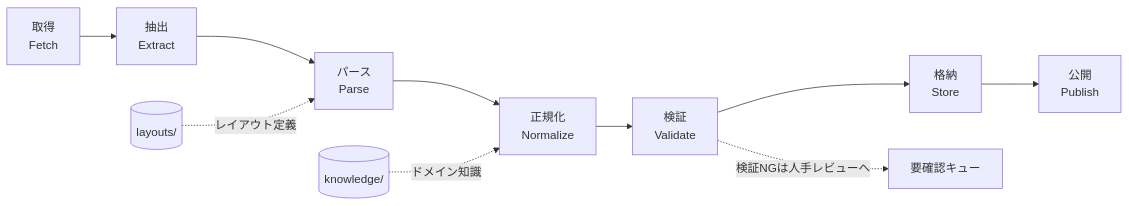
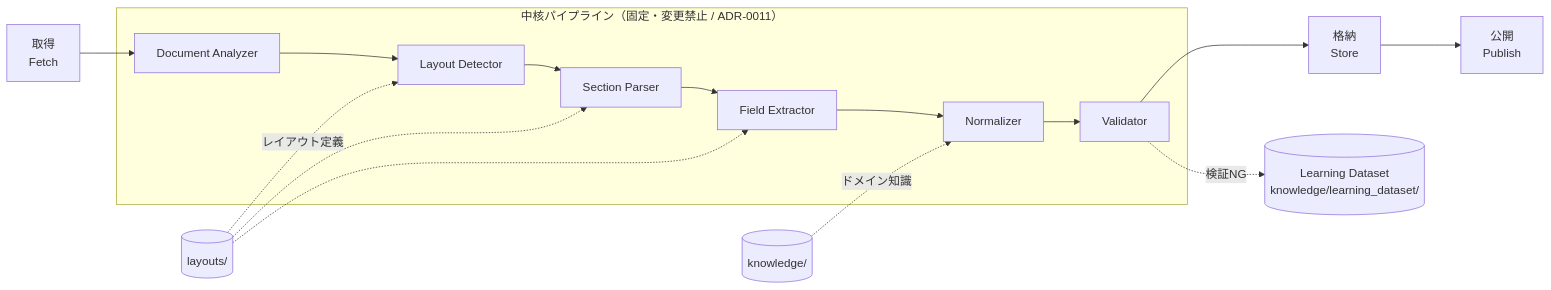
Before and after one commit to yastdKHS/MOD_Personnel_DB: the diagram in docs/architecture.md, drawn with Mermaid. The commit also changed other lines of this file and 16 other files, not shown here.

````diff
--- a/docs/architecture.md
+++ b/docs/architecture.md
@@ -9,13 +11,20 @@
 ```mermaid
 flowchart LR
-    A[取得<br/>Fetch] --> B[抽出<br/>Extract]
-    B --> C[パース<br/>Parse]
-    C --> D[正規化<br/>Normalize]
-    D --> E[検証<br/>Validate]
-    E --> F[格納<br/>Store]
-    F --> G[公開<br/>Publish]
+    subgraph CORE["中核パイプライン（固定・変更禁止 / ADR-0011）"]
+        DA[Document Analyzer] --> LD[Layout Detector]
+        LD --> SP[Section Parser]
+        SP --> FE[Field Extractor]
+        FE --> NM[Normalizer]
+        NM --> VD[Validator]
+    end
 
-    L[(layouts/)] -.レイアウト定義.-> C
-    K[(knowledge/)] -.ドメイン知識.-> D
-    E -.検証NGは人手レビューへ.-> H[要確認キュー]
+    FT[取得<br/>Fetch] --> DA
+    VD --> ST[格納<br/>Store]
+    ST --> PB[公開<br/>Publish]
+
+    L[(layouts/)] -.レイアウト定義.-> LD
+    L -.-> SP
+    L -.-> FE
+    K[(knowledge/)] -.ドメイン知識.-> NM
+    VD -.検証NG.-> LR[(Learning Dataset<br/>knowledge/learning_dataset/)]
 ```
````
